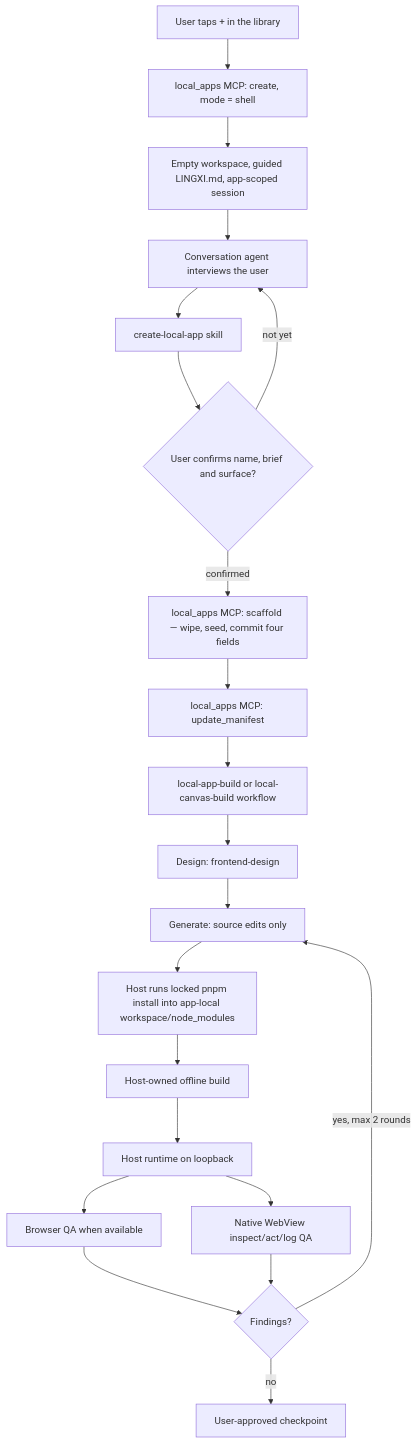
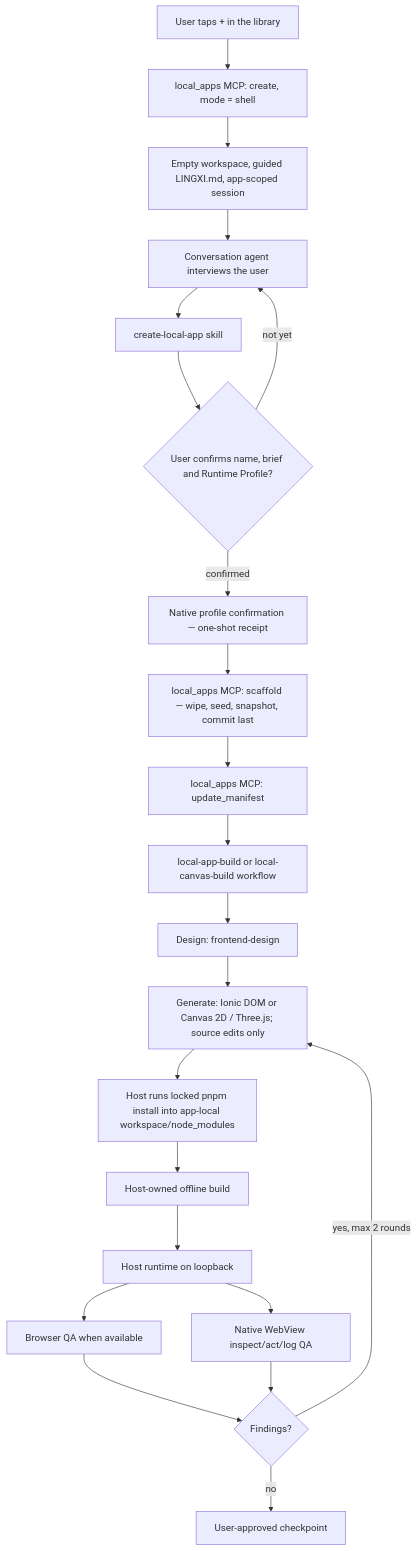
The diagram in docs/local-apps/HANDOFF.md (lingxi-coder/lingxi-app), drawn with Mermaid before and after one commit. The commit also changed other lines of this file and 263 other files, not shown here.

````diff
--- a/docs/local-apps/HANDOFF.md
+++ b/docs/local-apps/HANDOFF.md
@@ -26,23 +26,24 @@
 ```mermaid
 flowchart TD
     N["User taps + in the library"] --> SH["local_apps MCP: create, mode = shell"]
     SH --> E["Empty workspace, guided LINGXI.md, app-scoped session"]
     E --> C["Conversation agent interviews the user"]
     C --> S["create-local-app skill"]
-    S --> K{"User confirms name, brief and surface?"}
+    S --> K{"User confirms name, brief and Runtime Profile?"}
     K -->|"not yet"| C
-    K -->|"confirmed"| SC["local_apps MCP: scaffold — wipe, seed, commit four fields"]
+    K -->|"confirmed"| RC["Native profile confirmation — one-shot receipt"]
+    RC --> SC["local_apps MCP: scaffold — wipe, seed, snapshot, commit last"]
     SC --> M["local_apps MCP: update_manifest"]
     M --> W["local-app-build or local-canvas-build workflow"]
     W --> D["Design: frontend-design"]
-    D --> G["Generate: source edits only"]
+    D --> G["Generate: Ionic DOM or Canvas 2D / Three.js; source edits only"]
     G --> I["Host runs locked pnpm install into app-local workspace/node_modules"]
     I --> B["Host-owned offline build"]
     B --> R["Host runtime on loopback"]
     R --> Q["Browser QA when available"]
     R --> V["Native WebView inspect/act/log QA"]
     Q --> F{"Findings?"}
     V --> F
     F -->|"yes, max 2 rounds"| G
     F -->|"no"| P["User-approved checkpoint"]
 ```
````
